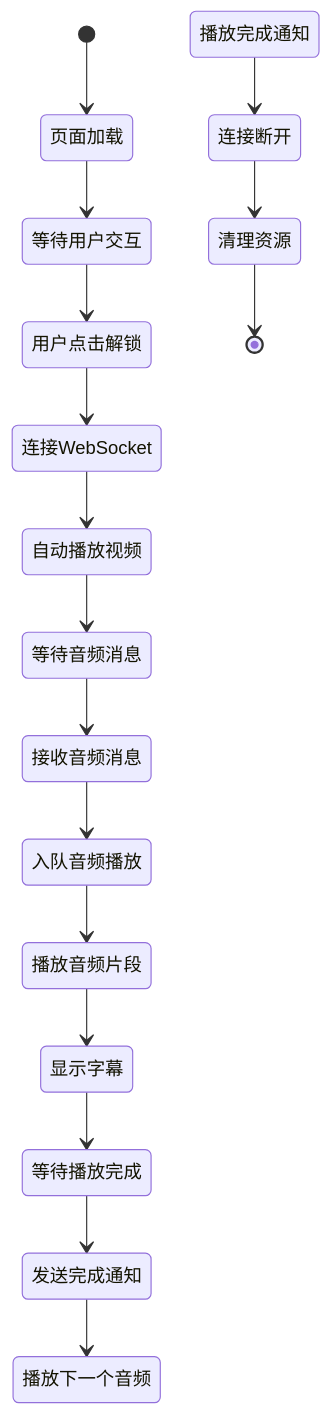
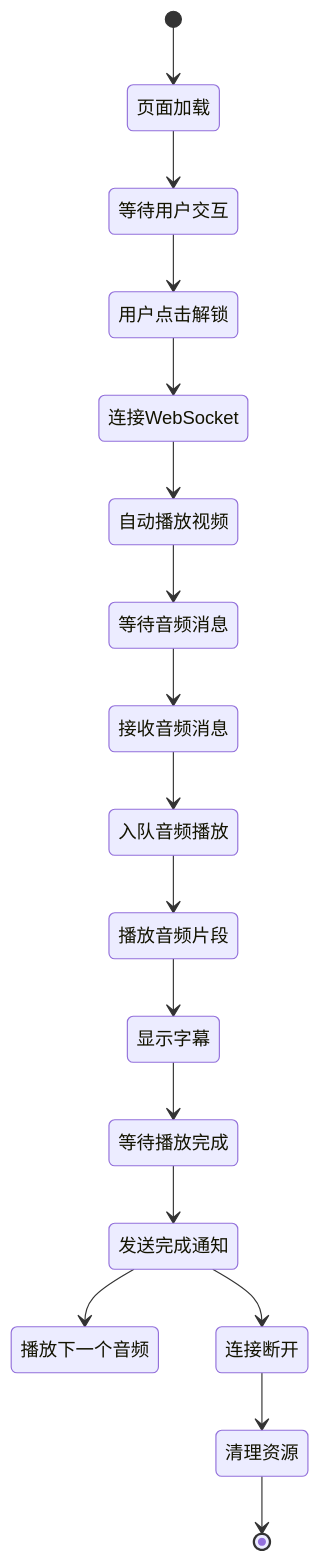
Diagram 13 of 14 in .qoder/repowiki/zh/content/后端服务架构/WebSocket实时处理.md (1024dashen/Vue3Speech), drawn with Mermaid before and after one commit. The commit also changed other lines of this file and 17 other files, not shown here.

````diff
--- a/.qoder/repowiki/zh/content/后端服务架构/WebSocket实时处理.md
+++ b/.qoder/repowiki/zh/content/后端服务架构/WebSocket实时处理.md
@@ -758,19 +762,19 @@
 ```mermaid
 stateDiagram-v2
 [*] --> 页面加载
 页面加载 --> 等待用户交互
 等待用户交互 --> 用户点击解锁
 用户点击解锁 --> 连接WebSocket
 连接WebSocket --> 自动播放视频
 自动播放视频 --> 等待音频消息
 等待音频消息 --> 接收音频消息
 接收音频消息 --> 入队音频播放
 入队音频播放 --> 播放音频片段
 播放音频片段 --> 显示字幕
 显示字幕 --> 等待播放完成
 等待播放完成 --> 发送完成通知
 发送完成通知 --> 播放下一个音频
-播放完成通知 --> 连接断开
+发送完成通知 --> 连接断开
 连接断开 --> 清理资源
 清理资源 --> [*]
 ```
````
